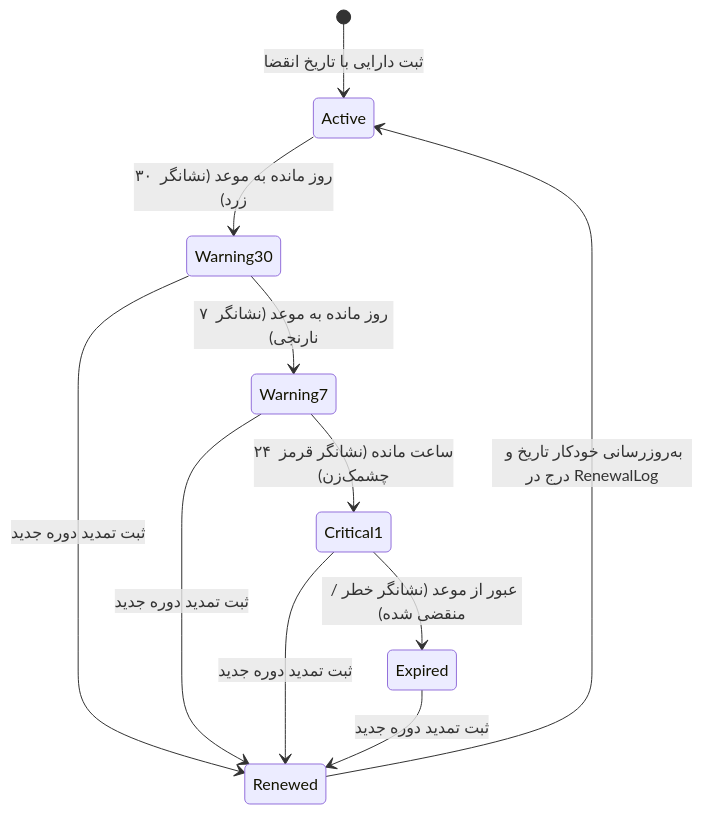
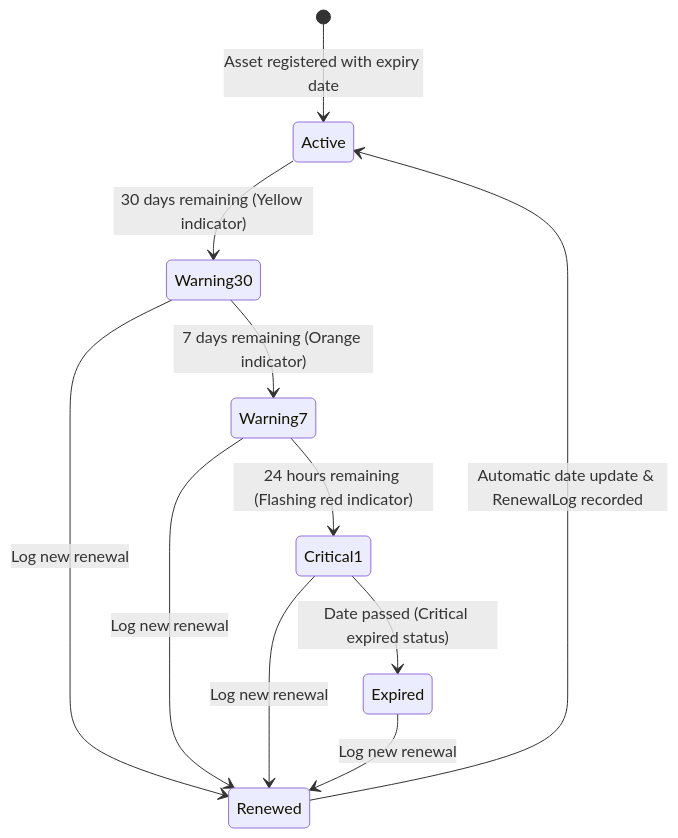
One commit to mhdio64/daftar changed the diagram in docs/05-core-features-spec.md. Above: the diagram before and after it, drawn with Mermaid. The commit also changed other lines of this file and 8 other files, not shown here.

Commit message:
docs: translate all documentation and architecture specs to English

````diff
--- a/docs/05-core-features-spec.md
+++ b/docs/05-core-features-spec.md
@@ -31,15 +31,15 @@
 ```mermaid
 stateDiagram-v2
-    [*] --> Active : ثبت دارایی با تاریخ انقضا
-    Active --> Warning30 : ۳۰ روز مانده به موعد (نشانگر زرد)
-    Warning30 --> Warning7 : ۷ روز مانده به موعد (نشانگر نارنجی)
-    Warning7 --> Critical1 : ۲۴ ساعت مانده (نشانگر قرمز چشمک‌زن)
-    Critical1 --> Expired : عبور از موعد (نشانگر خطر / منقضی شده)
+    [*] --> Active : Asset registered with expiry date
+    Active --> Warning30 : 30 days remaining (Yellow indicator)
+    Warning30 --> Warning7 : 7 days remaining (Orange indicator)
+    Warning7 --> Critical1 : 24 hours remaining (Flashing red indicator)
+    Critical1 --> Expired : Date passed (Critical expired status)
     
-    Warning30 --> Renewed : ثبت تمدید دوره جدید
-    Warning7 --> Renewed : ثبت تمدید دوره جدید
-    Critical1 --> Renewed : ثبت تمدید دوره جدید
-    Expired --> Renewed : ثبت تمدید دوره جدید
+    Warning30 --> Renewed : Log new renewal
+    Warning7 --> Renewed : Log new renewal
+    Critical1 --> Renewed : Log new renewal
+    Expired --> Renewed : Log new renewal
     
-    Renewed --> Active : به‌روزرسانی خودکار تاریخ و درج در RenewalLog
+    Renewed --> Active : Automatic date update & RenewalLog recorded
 ```
````
